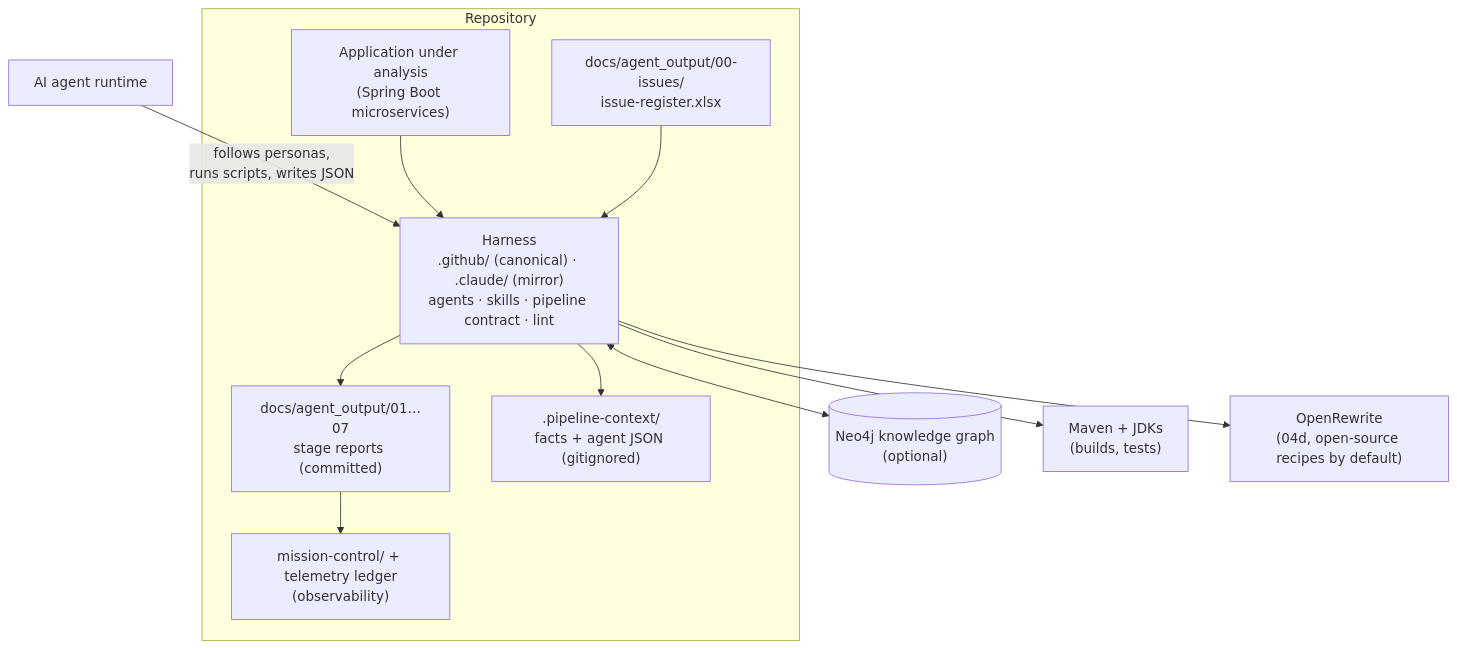
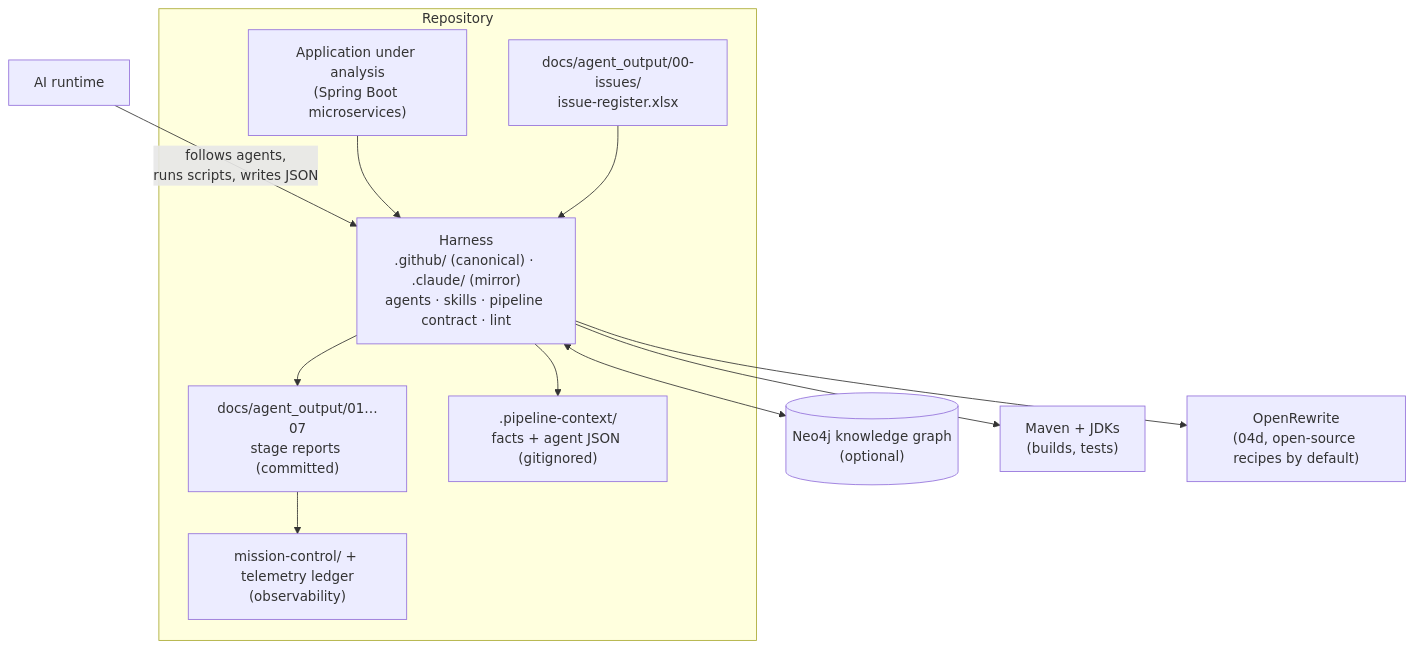
The third of 31 diagrams in README.md (KrishnaAnnavaram/MARS), drawn with Mermaid before and after one commit. The commit also changed other lines of this file and 1 other file, not shown here.

````diff
--- a/README.md
+++ b/README.md
@@ -180,25 +194,25 @@
 ```mermaid
 flowchart TB
     subgraph REPO["Repository"]
       APP["Application under analysis<br/>(Spring Boot microservices)"]
       REG["docs/agent_output/00-issues/<br/>issue-register.xlsx"]
       OUT["docs/agent_output/01…07<br/>stage reports (committed)"]
       H["Harness<br/>.github/ (canonical) · .claude/ (mirror)<br/>agents · skills · pipeline contract · lint"]
       PC[".pipeline-context/<br/>facts + agent JSON (gitignored)"]
       MC["mission-control/ + telemetry ledger<br/>(observability)"]
     end
-    LLM["AI agent runtime"]
+    LLM["AI runtime"]
     NEO[("Neo4j knowledge graph<br/>(optional)")]
     MVN["Maven + JDKs<br/>(builds, tests)"]
     OR["OpenRewrite<br/>(04d, open-source recipes by default)"]
 
-    LLM -->|"follows personas,<br/>runs scripts, writes JSON"| H
+    LLM -->|"follows agents,<br/>runs scripts, writes JSON"| H
     APP --> H
     REG --> H
     H --> PC
     H --> OUT
     H <--> NEO
     H --> MVN
     H --> OR
     OUT --> MC
 ```
````
